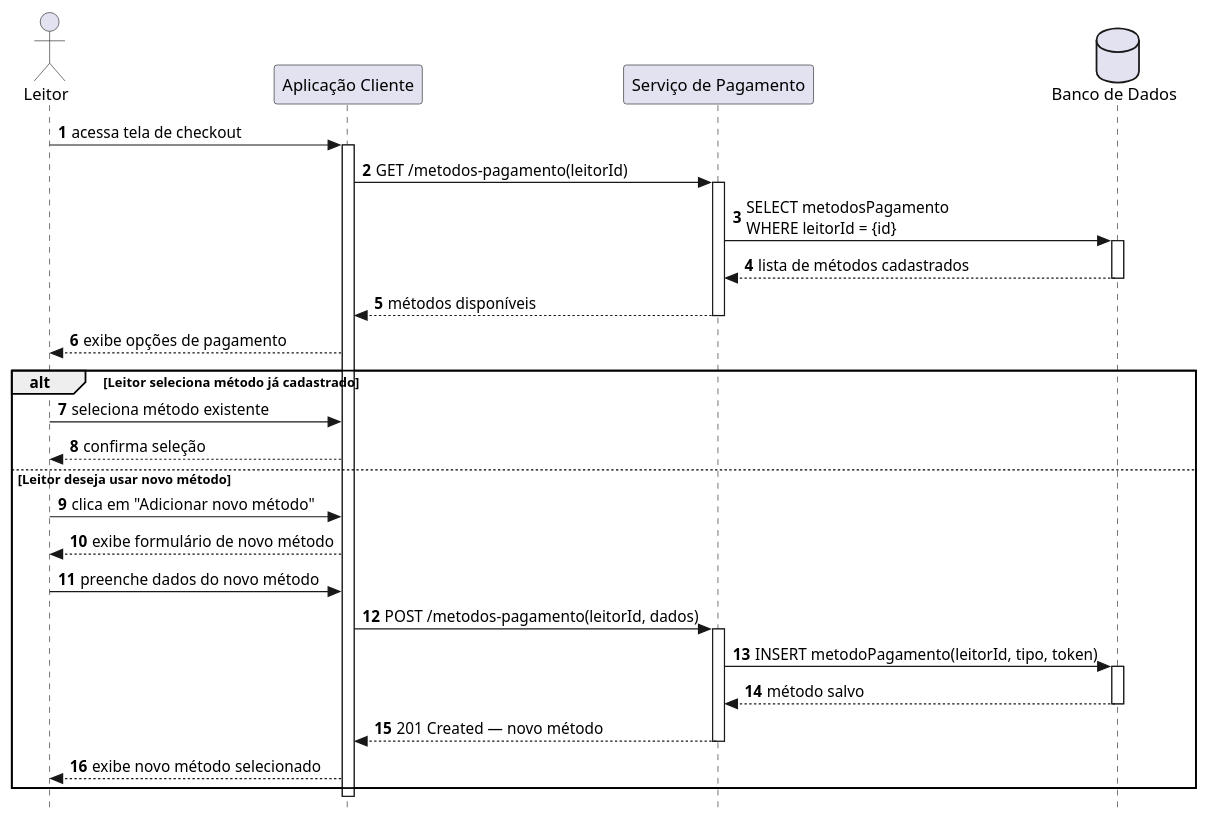
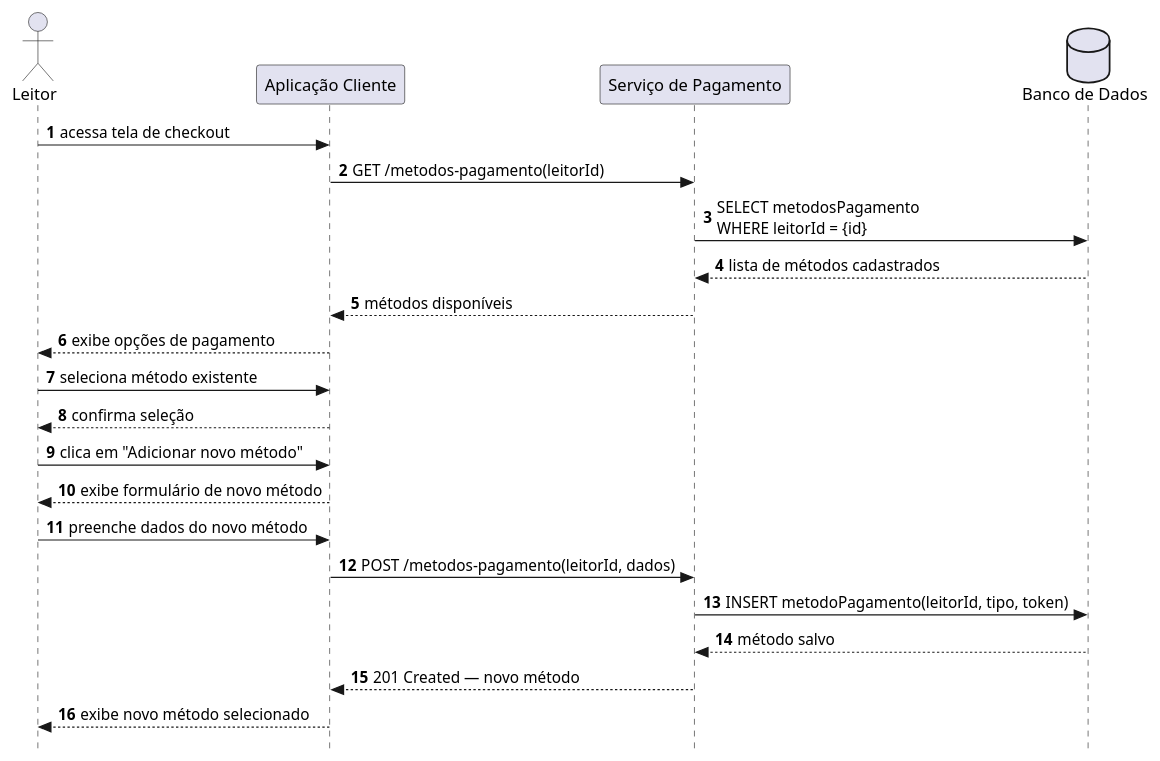
Before and after one commit to jalv21/iLib: the diagram in docs/codigo-plantuml/diagramas-comunicacao/catalogo/dc-selecionar_metodo_pgto.puml, drawn with PlantUML.

Commit message:
docs/criando diagrama de comunicação para selecionar método pgto

```diff
--- a/docs/codigo-plantuml/diagramas-comunicacao/catalogo/dc-selecionar_metodo_pgto.puml
+++ b/docs/codigo-plantuml/diagramas-comunicacao/catalogo/dc-selecionar_metodo_pgto.puml
@@ -1,44 +1,30 @@
-@startuml ds-selecionar_metodo_pgto
+@startuml dc-selecionar_metodo_pgto
 autonumber
 skinparam style strictuml
 
 actor Leitor as "Leitor"
 participant Client      as "Aplicação Cliente"
 participant ServicePgto as "Serviço de Pagamento"
 database    BD          as "Banco de Dados"
 
 Leitor -> Client : acessa tela de checkout
-activate Client
 
 Client -> ServicePgto : GET /metodos-pagamento(leitorId)
-activate ServicePgto
 ServicePgto -> BD : SELECT metodosPagamento\nWHERE leitorId = {id}
-activate BD
 BD --> ServicePgto : lista de métodos cadastrados
-deactivate BD
 ServicePgto --> Client : métodos disponíveis
-deactivate ServicePgto
 
 Client --> Leitor : exibe opções de pagamento
 
-alt Leitor seleciona método já cadastrado
-    Leitor -> Client : seleciona método existente
-    Client --> Leitor : confirma seleção
-else Leitor deseja usar novo método
-    Leitor -> Client : clica em "Adicionar novo método"
-    Client --> Leitor : exibe formulário de novo método
-    Leitor -> Client : preenche dados do novo método
-    Client -> ServicePgto : POST /metodos-pagamento(leitorId, dados)
-    activate ServicePgto
-    ServicePgto -> BD : INSERT metodoPagamento(leitorId, tipo, token)
-    activate BD
-    BD --> ServicePgto : método salvo
-    deactivate BD
-    ServicePgto --> Client : 201 Created — novo método
-    deactivate ServicePgto
-    Client --> Leitor : exibe novo método selecionado
-end
-
-deactivate Client
+Leitor -> Client : seleciona método existente
+Client --> Leitor : confirma seleção
+Leitor -> Client : clica em "Adicionar novo método"
+Client --> Leitor : exibe formulário de novo método
+Leitor -> Client : preenche dados do novo método
+Client -> ServicePgto : POST /metodos-pagamento(leitorId, dados)
+ServicePgto -> BD : INSERT metodoPagamento(leitorId, tipo, token)
+BD --> ServicePgto : método salvo
+ServicePgto --> Client : 201 Created — novo método
+Client --> Leitor : exibe novo método selecionado
 
 @enduml
```
